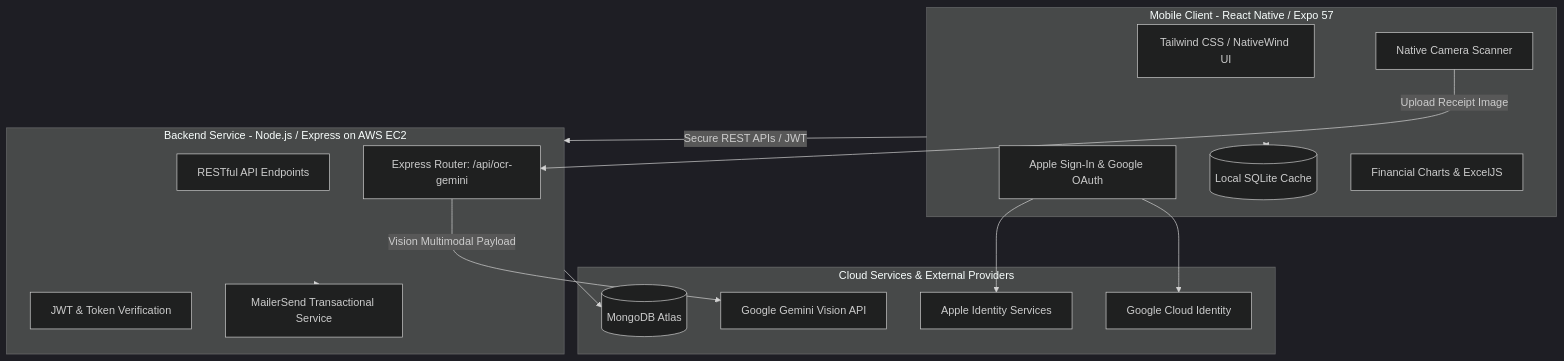
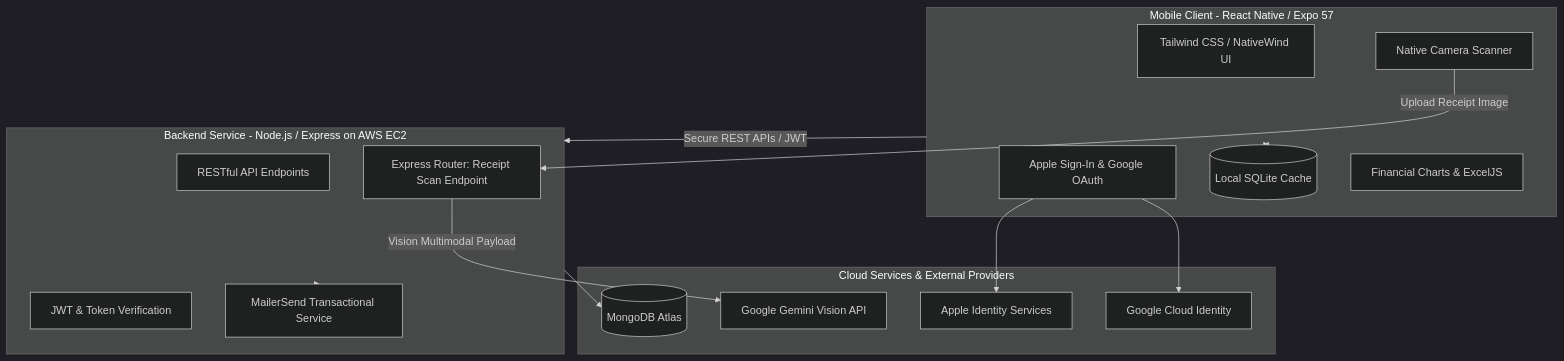
One commit to aquilesgoudeau/InvoiceSystemManagement changed the diagram in README.md. Above: the diagram before and after it, drawn with Mermaid (dark theme). The commit also changed other lines of this file and 5 other files, not shown here.

````diff
--- a/README.md
+++ b/README.md
@@ -11,33 +13,33 @@
 ```mermaid
 flowchart TD
     subgraph MobileClient [Mobile Client - React Native / Expo 57]
         UI[Tailwind CSS / NativeWind UI]
         AuthM[Apple Sign-In & Google OAuth]
         LocalStorage[(Local SQLite Cache)]
         Scanner[Native Camera Scanner]
         Reports[Financial Charts & ExcelJS]
     end
 
     subgraph Backend [Backend Service - Node.js / Express on AWS EC2]
         API[RESTful API Endpoints]
-        GeminiRouter[Express Router: /api/ocr-gemini]
+        GeminiRouter[Express Router: Receipt Scan Endpoint]
         AuthV[JWT & Token Verification]
         Mail[MailerSend Transactional Service]
     end
 
     subgraph CloudServices [Cloud Services & External Providers]
         Mongo[(MongoDB Atlas)]
         AppleID[Apple Identity Services]
         GCP[Google Cloud Identity]
         GeminiAI[Google Gemini Vision API]
     end
 
     MobileClient -->|Secure REST APIs / JWT| Backend
     MobileClient <--> LocalStorage
     Scanner -->|Upload Receipt Image| GeminiRouter
     GeminiRouter -->|Vision Multimodal Payload| GeminiAI
     Backend --> Mongo
     Backend --> Mail
     AuthM --> AppleID
     AuthM --> GCP
 ```
````
